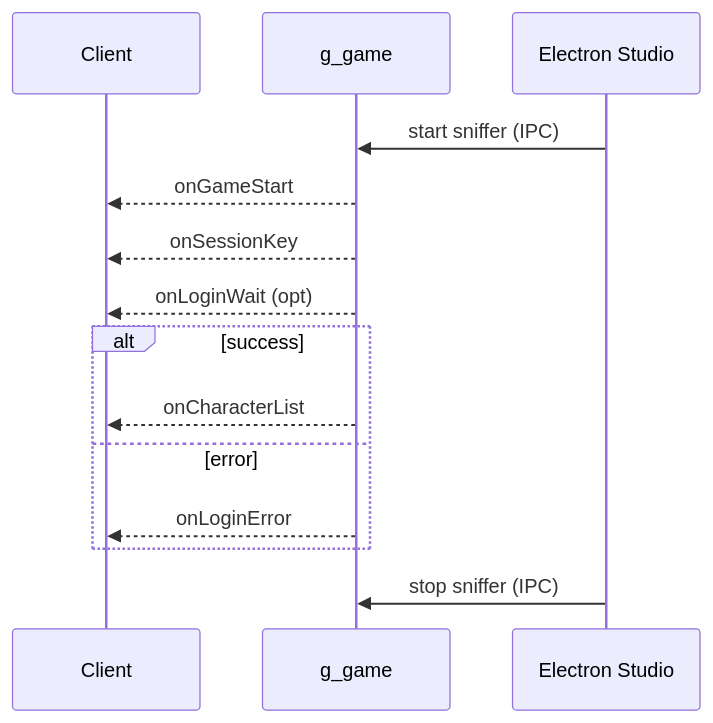
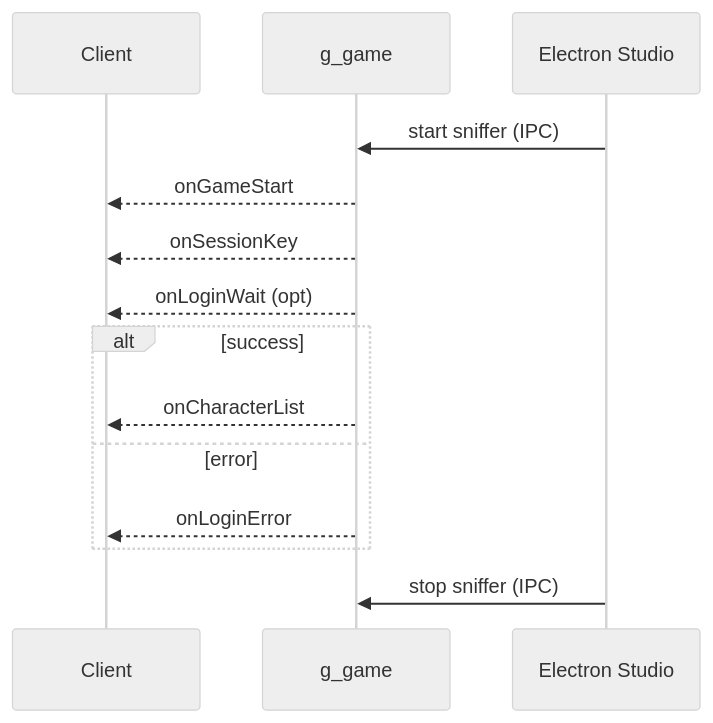
Before and after one commit to lukaszj321/otcv8-dev: the first of 2 diagrams in docs/authoring/_sources/chapter_02_events_docs_export_kit_authoring_agent_ready.md, drawn with Mermaid. The commit also changed other lines of this file, not shown here.

````diff
--- a/docs/authoring/_sources/chapter_02_events_docs_export_kit_authoring_agent_ready.md
+++ b/docs/authoring/_sources/chapter_02_events_docs_export_kit_authoring_agent_ready.md
@@ -570,17 +545,18 @@
 ```mermaid
+%%{init: {'theme':'neutral','themeVariables':{'primaryTextColor':'#ddd','lineColor':'#9aa0a6'}}}%%
 sequenceDiagram
   participant Client
   participant Game as g_game
   participant Studio as Electron Studio
 
   Studio->>Game: start sniffer (IPC)
   Game-->>Client: onGameStart
   Game-->>Client: onSessionKey
   Game-->>Client: onLoginWait (opt)
   alt success
     Game-->>Client: onCharacterList
   else error
     Game-->>Client: onLoginError
   end
   Studio->>Game: stop sniffer (IPC)
 ```
````
